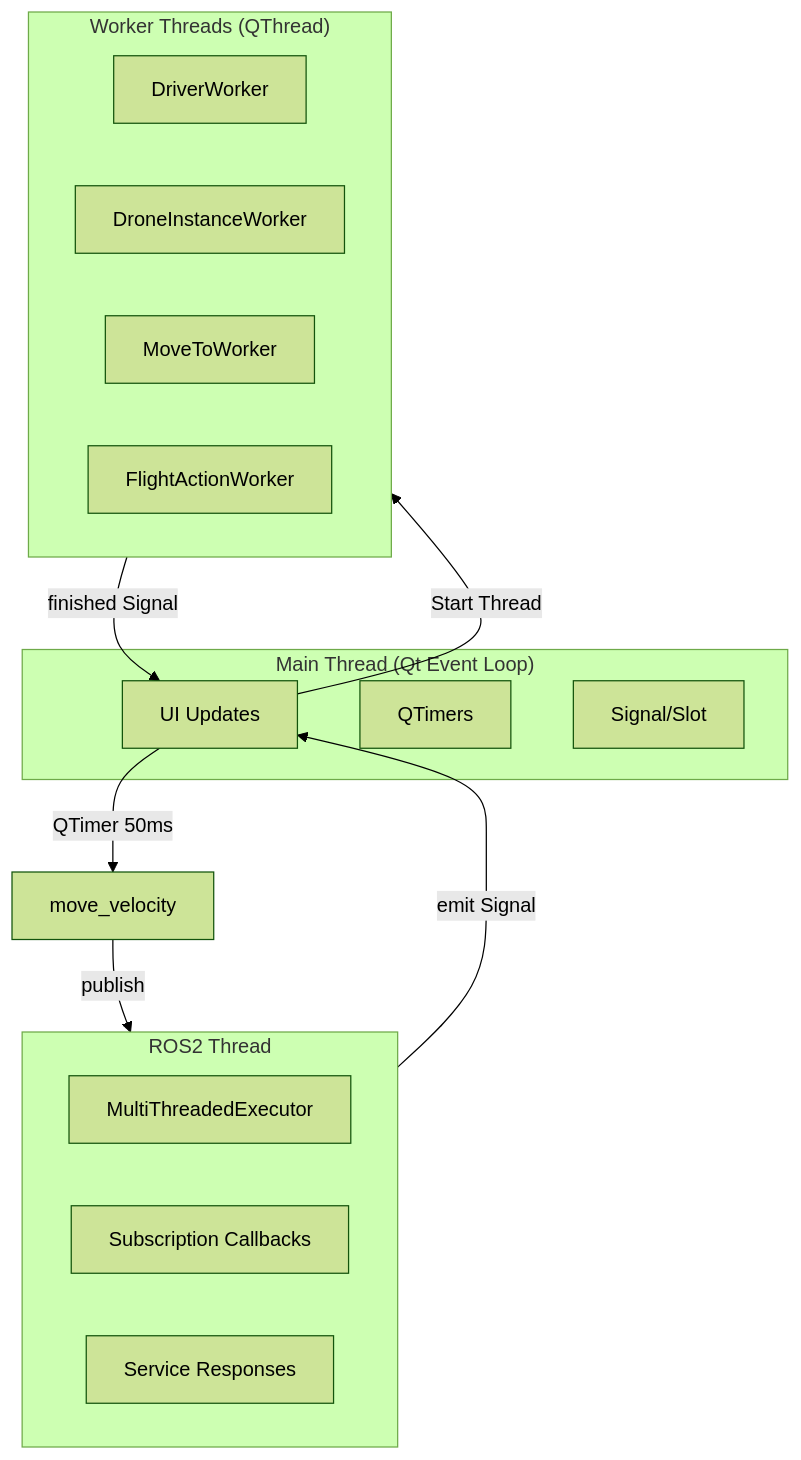
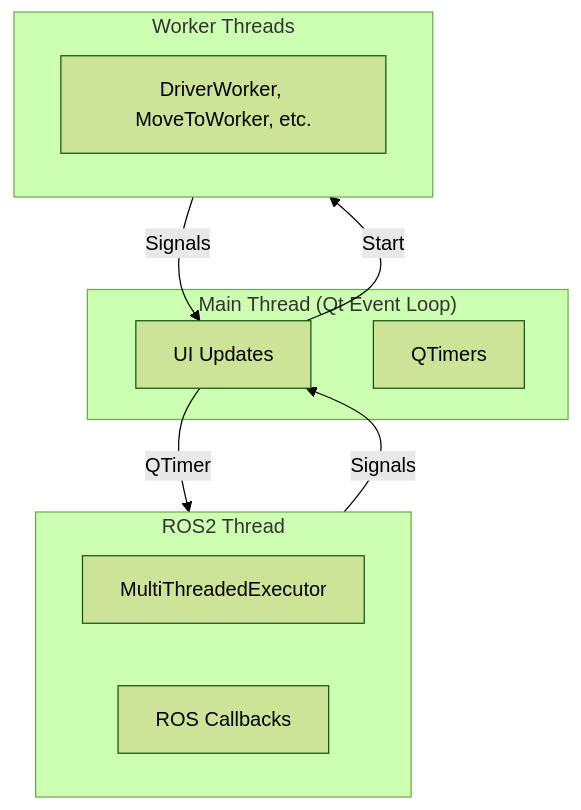
Before and after one commit to Black-Bee-Drones/nectar-sdk: the second of 2 diagrams in nectar/nectar/interface/README.md, drawn with Mermaid (forest theme). The commit also changed other lines of this file and 4 other files, not shown here.

Commit message:
docs: adjsutments in diagrams and docs

````diff
--- a/nectar/nectar/interface/README.md
+++ b/nectar/nectar/interface/README.md
@@ -385,27 +132,21 @@
 ```mermaid
 flowchart TB
     subgraph MainThread["Main Thread (Qt Event Loop)"]
         UI[UI Updates]
         Timers[QTimers]
-        Signals[Signal/Slot]
     end
 
     subgraph ROSThread["ROS2 Thread"]
         Executor[MultiThreadedExecutor]
-        Callbacks[Subscription Callbacks]
-        ServiceResponses[Service Responses]
+        Callbacks[ROS Callbacks]
     end
 
-    subgraph WorkerThreads["Worker Threads (QThread)"]
-        DriverWorker[DriverWorker]
-        DroneInstanceWorker[DroneInstanceWorker]
-        MoveToWorker[MoveToWorker]
-        FlightActionWorker[FlightActionWorker]
+    subgraph WorkerThreads["Worker Threads"]
+        Workers[DriverWorker, MoveToWorker, etc.]
     end
 
-    UI --> |"QTimer 50ms"| VelocityCmd[move_velocity]
-    UI --> |"Start Thread"| WorkerThreads
-    WorkerThreads --> |"finished Signal"| UI
-    ROSThread --> |"emit Signal"| UI
-    VelocityCmd --> |"publish"| ROSThread
+    UI --> |"QTimer"| ROSThread
+    UI --> |"Start"| WorkerThreads
+    WorkerThreads --> |"Signals"| UI
+    ROSThread --> |"Signals"| UI
 ```
````
